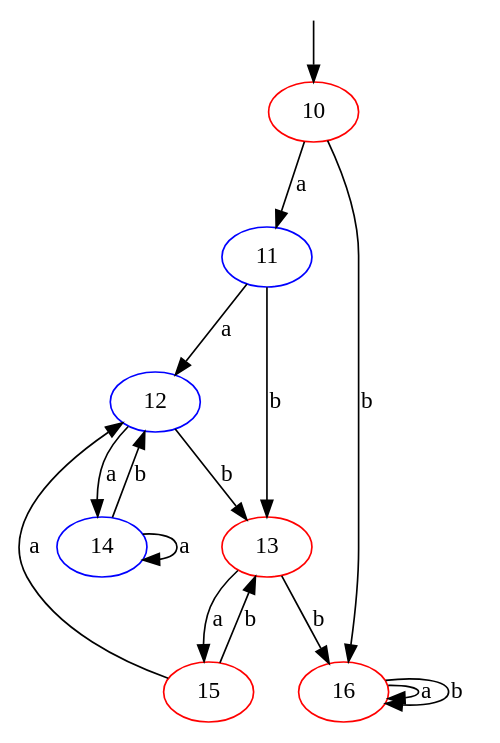
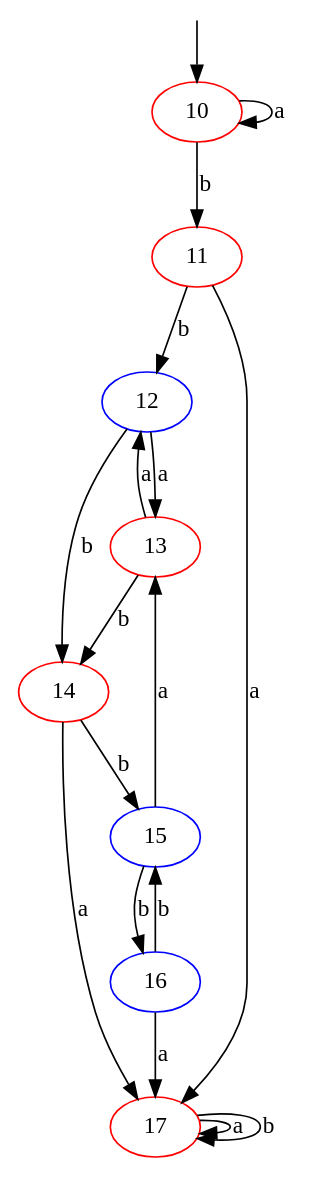
Before and after one commit to XDLoLiK/autore: the diagram in img/dfa_complement.dot, drawn with Graphviz. The commit also changed 21 other files, not shown here.

```diff
--- a/img/dfa_complement.dot
+++ b/img/dfa_complement.dot
@@ -1,1 +1,1 @@
-digraph G{node [color=red;];10;node [color=blue;];11;node [color=blue;];12;node [color=red;];13;node [color=blue;];14;node [color=red;];15;node [color=red;];16;node [shape=none;label="";height=0;width=0;];-1;-1->10;10->11[label="a";];10->16[label="b";];11->12[label="a";];11->13[label="b";];12->14[label="a";];12->13[label="b";];13->15[label="a";];13->16[label="b";];14->14[label="a";];14->12[label="b";];15->12[label="a";];15->13[label="b";];16->16[label="a";];16->16[label="b";];}
+digraph G{node [color=red;];10;node [color=red;];11;node [color=blue;];12;node [color=red;];13;node [color=red;];14;node [color=blue;];15;node [color=blue;];16;node [color=red;];17;node [shape=none;label="";height=0;width=0;];-1;-1->10;10->10[label="a";];10->11[label="b";];11->17[label="a";];11->12[label="b";];12->13[label="a";];12->14[label="b";];13->12[label="a";];13->14[label="b";];14->17[label="a";];14->15[label="b";];15->13[label="a";];15->16[label="b";];16->17[label="a";];16->15[label="b";];17->17[label="a";];17->17[label="b";];}
```
